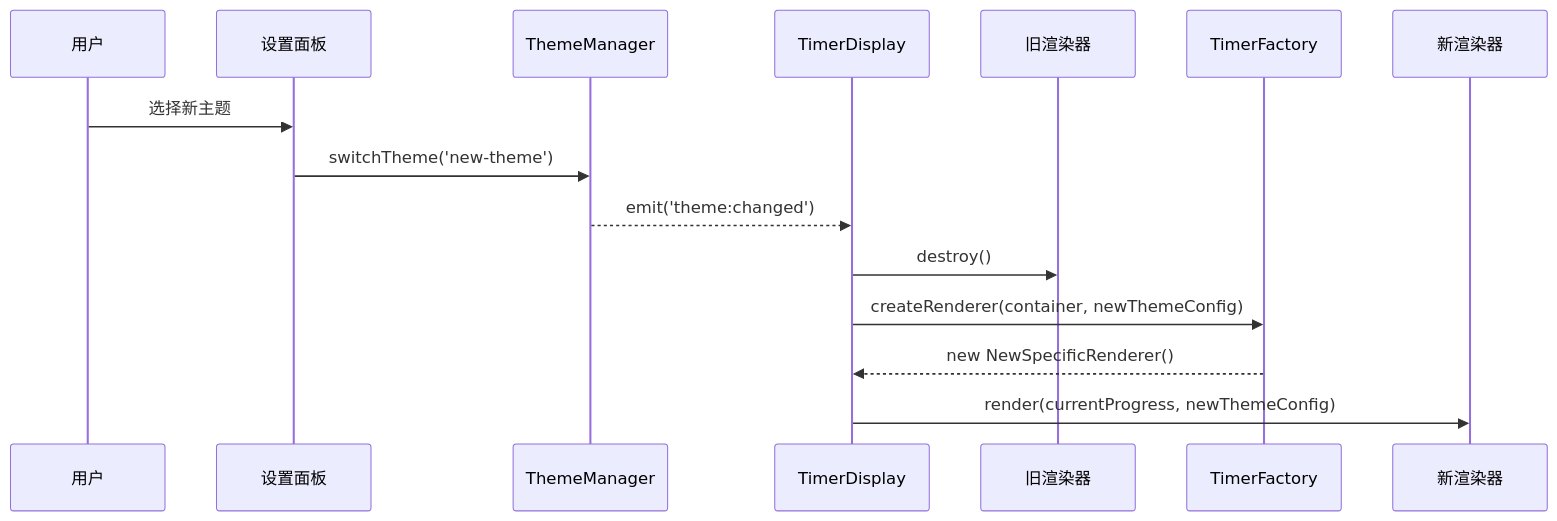
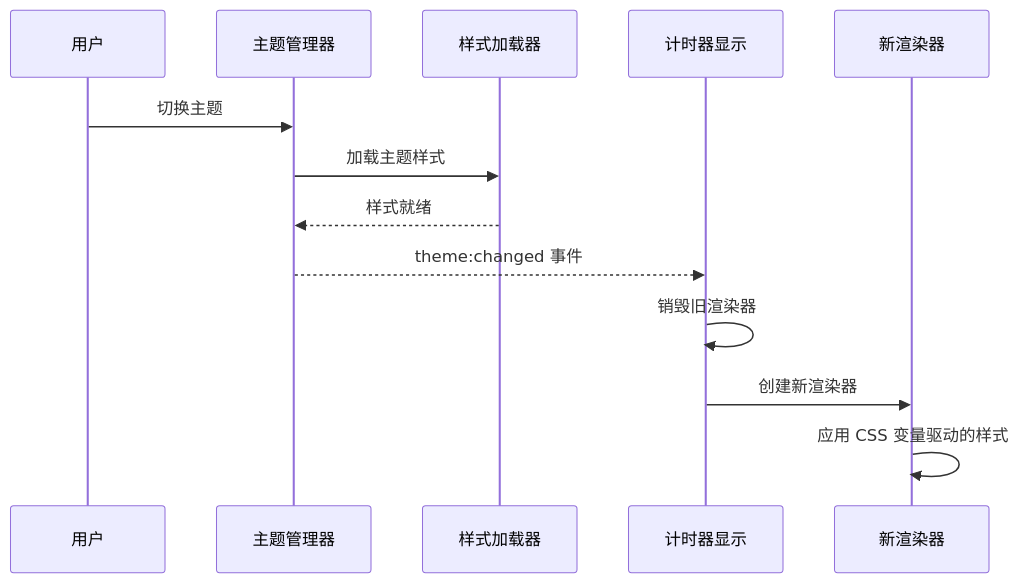
The diagram in docs/render-theme.md (antlerai/tempus-ring), drawn with Mermaid before and after one commit. The commit also changed other lines of this file and 21 other files, not shown here.

Commit message:
refactor(renderers): migrate inline styles to css custom properties in cloudlight renderer

````diff
--- a/docs/render-theme.md
+++ b/docs/render-theme.md
@@ -132,18 +273,16 @@
 ```mermaid
 sequenceDiagram
     participant User as 用户
-    participant SettingsPanel as 设置面板
-    participant TM as ThemeManager
-    participant TD as TimerDisplay
-    participant OldRenderer as 旧渲染器
-    participant TF as TimerFactory
+    participant ThemeManager as 主题管理器
+    participant StyleLoader as 样式加载器
+    participant TimerDisplay as 计时器显示
     participant NewRenderer as 新渲染器
 
-    User->>SettingsPanel: 选择新主题
-    SettingsPanel->>TM: switchTheme('new-theme')
-    TM-->>TD: emit('theme:changed')
-    TD->>OldRenderer: destroy()
-    TD->>TF: createRenderer(container, newThemeConfig)
-    TF-->>TD: new NewSpecificRenderer()
-    TD->>NewRenderer: render(currentProgress, newThemeConfig)
+    User->>ThemeManager: 切换主题
+    ThemeManager->>StyleLoader: 加载主题样式
+    StyleLoader-->>ThemeManager: 样式就绪
+    ThemeManager-->>TimerDisplay: theme:changed 事件
+    TimerDisplay->>TimerDisplay: 销毁旧渲染器
+    TimerDisplay->>NewRenderer: 创建新渲染器
+    NewRenderer->>NewRenderer: 应用 CSS 变量驱动的样式
 ```
````
